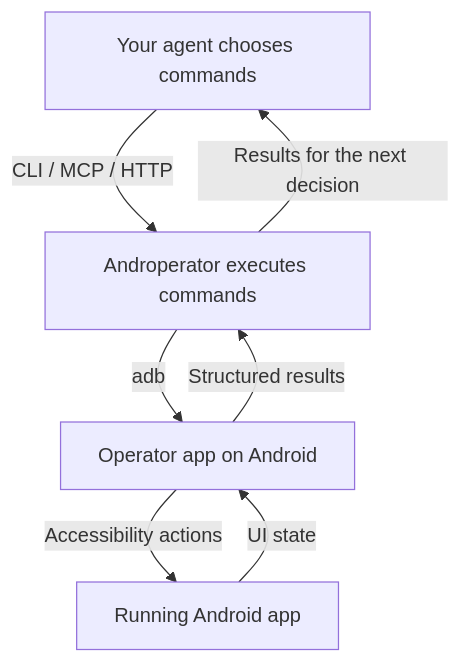
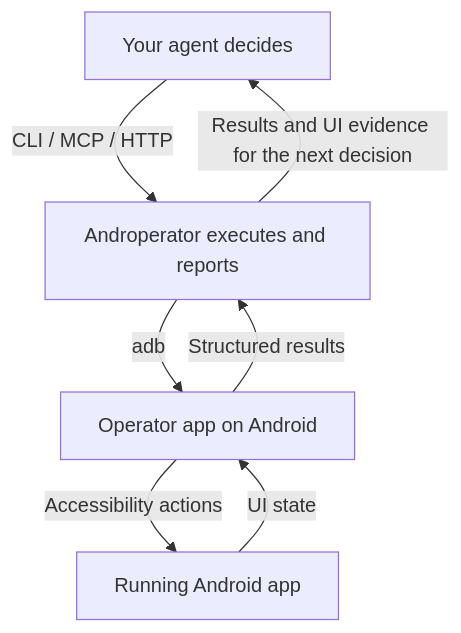
One commit to androperator/androperator changed the third of 3 diagrams in README.md. Above: the diagram before and after it, drawn with Mermaid. The commit also changed other lines of this file and 1 other file, not shown here.

Commit message:
docs(site): emphasize execution and reporting in the agent loop

````diff
--- a/README.md
+++ b/README.md
@@ -96,11 +101,11 @@
 ```mermaid
 flowchart TB
-    accTitle: Agent and Androperator architecture
-    accDescr: The agent calls the host CLI, MCP server, or HTTP API. Androperator uses adb and the Android Operator to act on the app and return evidence.
-    A[Your agent chooses commands] -->|CLI / MCP / HTTP| B[Androperator executes commands]
+    accTitle: Decide, execute, report, repeat
+    accDescr: The agent decides what to do and calls Androperator through the CLI, MCP server, or HTTP API. Androperator uses adb and the Android Operator to execute commands and report results and UI evidence for the next decision.
+    A[Your agent decides] -->|CLI / MCP / HTTP| B[Androperator executes and reports]
     B -->|adb| C[Operator app on Android]
     C -->|Accessibility actions| D[Running Android app]
     D -->|UI state| C
     C -->|Structured results| B
-    B -->|Results for the next decision| A
+    B -->|Results and UI evidence for the next decision| A
 ```
````
